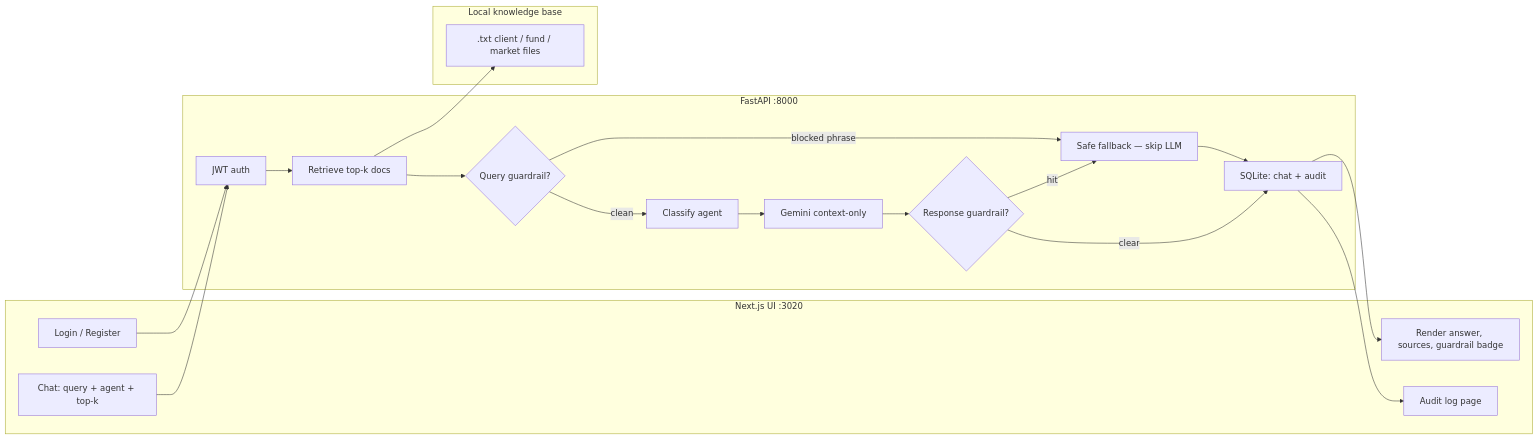
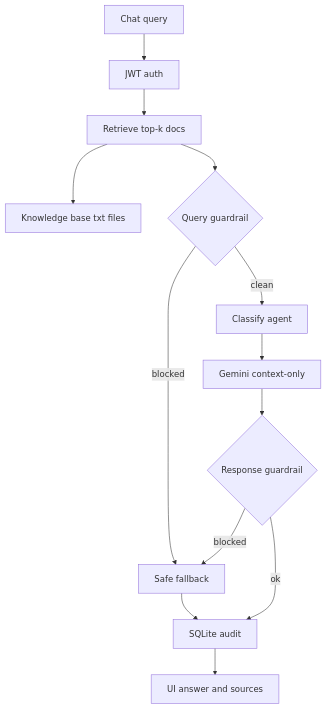
The diagram in README.md (ShrutiDubal/finadvisor-copilot), drawn with Mermaid before and after one commit. The commit also changed other lines of this file, not shown here.

Commit message:
Fix Mermaid diagram and simplify README for showcase

````diff
--- a/README.md
+++ b/README.md
@@ -52,39 +40,22 @@
 ```mermaid
-flowchart LR
-  subgraph UI["Next.js UI :3020"]
-    A[Login / Register]
-    B[Chat: query + agent + top-k]
-    C[Render answer, sources, guardrail badge]
-    D[Audit log page]
-  end
+flowchart TB
+  B[Chat query]
+  E[JWT auth]
+  F[Retrieve top-k docs]
+  M[Knowledge base txt files]
+  G{Query guardrail}
+  L[Safe fallback]
+  H[Classify agent]
+  I[Gemini context-only]
+  J{Response guardrail}
+  K[SQLite audit]
+  C[UI answer and sources]
 
-  subgraph API["FastAPI :8000"]
-    E[JWT auth]
-    F[Retrieve top-k docs]
-    G{Query guardrail?}
-    H[Classify agent]
-    I[Gemini context-only]
-    J{Response guardrail?}
-    K[SQLite: chat + audit]
-    L[Safe fallback — skip LLM]
-  end
-
-  subgraph KB["Local knowledge base"]
-    M[".txt client / fund / market files"]
-  end
-
-  A --> E
-  B --> E
-  E --> F
-  F --> M
+  B --> E --> F --> M
   F --> G
-  G -->|blocked phrase| L
-  G -->|clean| H
-  H --> I
-  I --> J
-  J -->|hit| L
-  J -->|clear| K
-  L --> K
+  G -->|blocked| L --> K
+  G -->|clean| H --> I --> J
+  J -->|blocked| L
+  J -->|ok| K
   K --> C
-  K --> D
 ```
````
